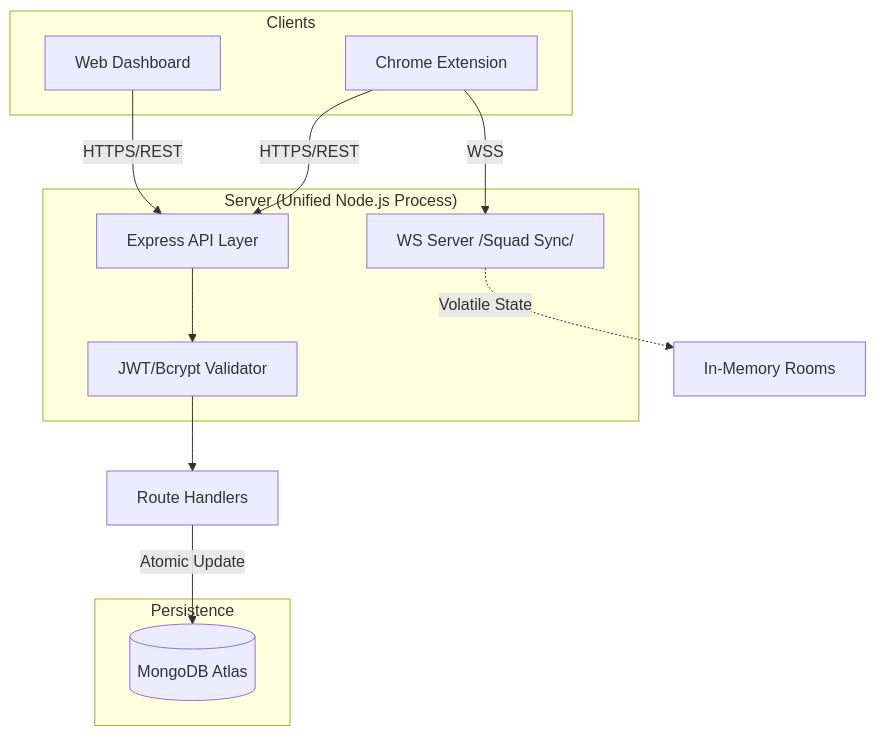
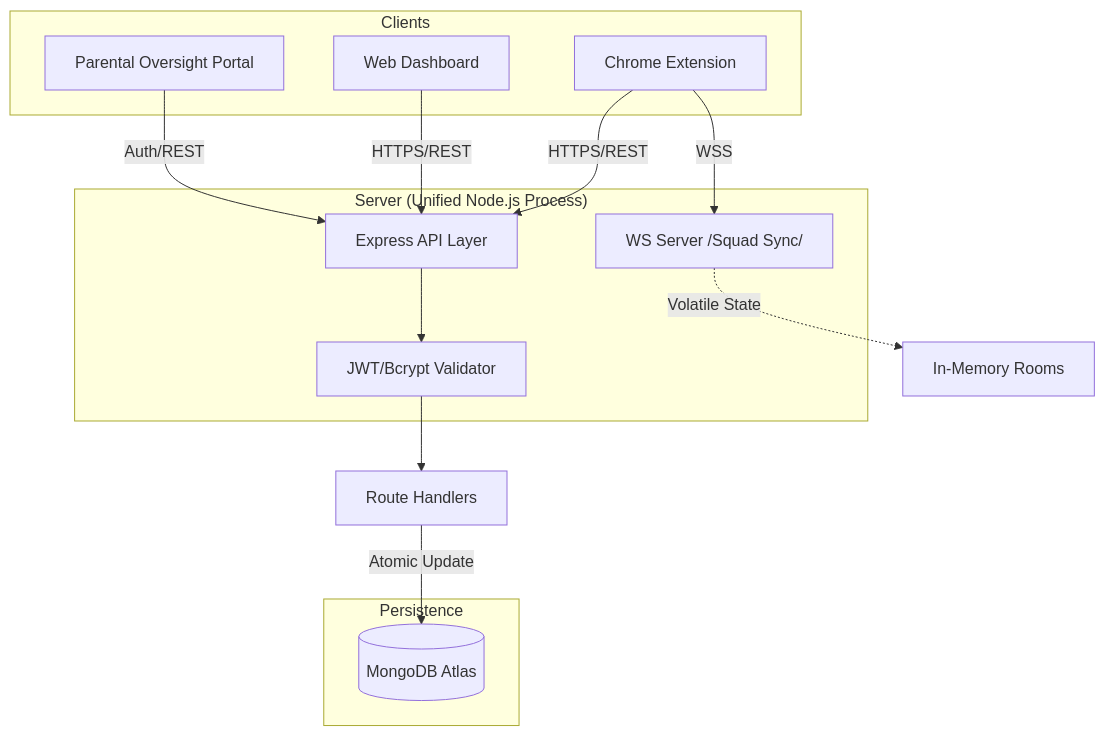
The diagram in ARCHITECTURE.md (satyak4815-dotcom/focusforge-backend), drawn with Mermaid before and after one commit. The commit also changed other lines of this file and 4 other files, not shown here.

````diff
--- a/ARCHITECTURE.md
+++ b/ARCHITECTURE.md
@@ -9,27 +9,29 @@
 ```mermaid
 graph TD
     subgraph Clients
         Ext[Chrome Extension]
         Dash[Web Dashboard]
+        ParentPortal[Parental Oversight Portal]
     end
 
     subgraph "Server (Unified Node.js Process)"
         WS[WS Server /Squad Sync/]
         API[Express API Layer]
         Auth[JWT/Bcrypt Validator]
     end
 
     subgraph "Persistence"
         DB[(MongoDB Atlas)]
     end
 
     Ext -->|HTTPS/REST| API
     Ext -->|WSS| WS
     Dash -->|HTTPS/REST| API
+    ParentPortal -->|Auth/REST| API
 
     API --> Auth
     Auth --> Controllers[Route Handlers]
     Controllers -->|Atomic Update| DB
 
     WS -.->|Volatile State| Memory[In-Memory Rooms]
 ```
````
